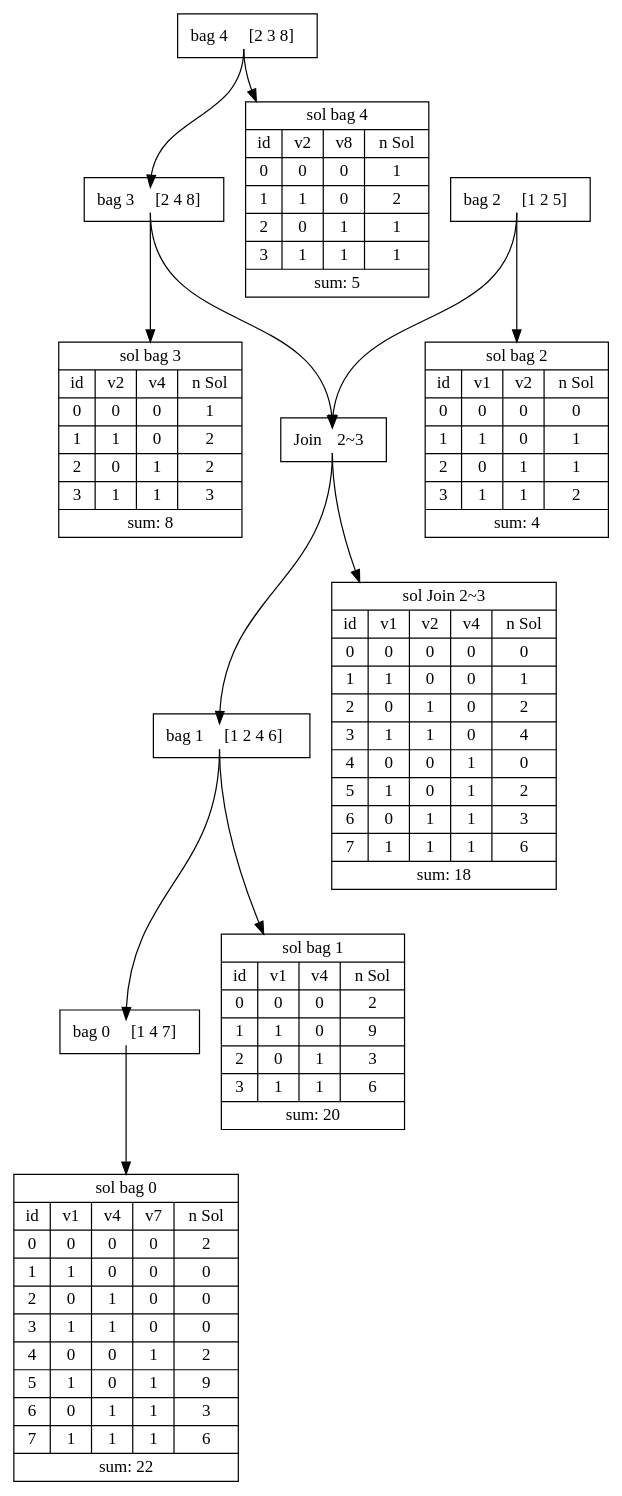
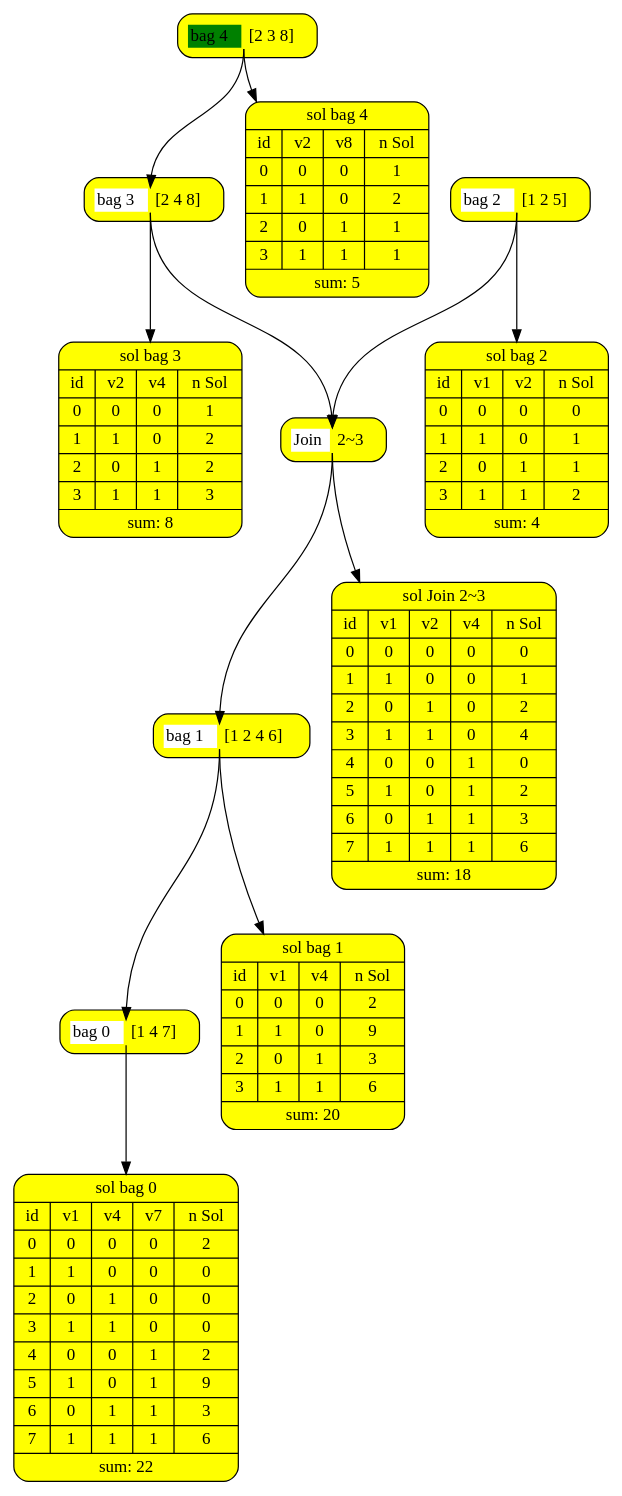
Before and after one commit to VaeterchenFrost/gpusat-VISU: the diagram in satvisualization_repo/satvisu/example41.dot, drawn with Graphviz. The commit also changed 4 other files, not shown here.

```diff
--- a/satvisualization_repo/satvisu/example41.dot
+++ b/satvisualization_repo/satvisu/example41.dot
@@ -1,33 +1,33 @@
 digraph structs {
-	node [shape=rect]
+	node [fillcolor=yellow shape=box style="rounded,filled"]
 	bag4 [label=<<TABLE BORDER="0" CELLBORDER="0" CELLSPACING="0">
-              <TR><TD BGCOLOR="white">bag 4</TD><TD PORT="anchor"></TD><TD>[2 3 8]</TD></TR></TABLE>>]
+              <TR><TD BGCOLOR="green">bag 4</TD><TD PORT="anchor"></TD><TD>[2 3 8]</TD></TR></TABLE>>]
 	bag3 [label=<<TABLE BORDER="0" CELLBORDER="0" CELLSPACING="0">
               <TR><TD BGCOLOR="white">bag 3</TD><TD PORT="anchor"></TD><TD>[2 4 8]</TD></TR></TABLE>>]
 	join1 [label=<<TABLE BORDER="0" CELLBORDER="0" CELLSPACING="0">
               <TR><TD BGCOLOR="white">Join</TD><TD PORT="anchor"></TD><TD>2~3</TD></TR></TABLE>>]
 	bag2 [label=<<TABLE BORDER="0" CELLBORDER="0" CELLSPACING="0">
               <TR><TD BGCOLOR="white">bag 2</TD><TD PORT="anchor"></TD><TD>[1 2 5]</TD></TR></TABLE>>]
 	bag1 [label=<<TABLE BORDER="0" CELLBORDER="0" CELLSPACING="0">
               <TR><TD BGCOLOR="white">bag 1</TD><TD PORT="anchor"></TD><TD>[1 2 4 6]</TD></TR></TABLE>>]
 	bag0 [label=<<TABLE BORDER="0" CELLBORDER="0" CELLSPACING="0">
               <TR><TD BGCOLOR="white">bag 0</TD><TD PORT="anchor"></TD><TD>[1 4 7]</TD></TR></TABLE>>]
 	node [shape=record]
 	sol2 [label="{sol bag 2|{{id|0|1|2|3}|{v1|0|1|0|1}|{v2|0|0|1|1}|{n Sol|0|1|1|2}}|sum: 4}"]
 	sol4 [label="{sol bag 4|{{id|0|1|2|3}|{v2|0|1|0|1}|{v8|0|0|1|1}|{n Sol|1|2|1|1}}|sum: 5}"]
 	sol3 [label="{sol bag 3|{{id|0|1|2|3}|{v2|0|1|0|1}|{v4|0|0|1|1}|{n Sol|1|2|2|3}}|sum: 8}"]
 	solJoin1 [label="{sol Join 2~3|{{id|0|1|2|3|4|5|6|7}|{v1|0|1|0|1|0|1|0|1}|{v2|0|0|1|1|0|0|1|1}|{v4|0|0|0|0|1|1|1|1}|{n Sol|0|1|2|4|0|2|3|6}}|sum: 18}"]
 	sol1 [label="{sol bag 1|{{id|0|1|2|3}|{v1|0|1|0|1}|{v4|0|0|1|1}|{n Sol|2|9|3|6}}|sum: 20}"]
 	sol0 [label="{sol bag 0|{{id|0|1|2|3|4|5|6|7}|{v1|0|1|0|1|0|1|0|1}|{v4|0|0|1|1|0|0|1|1}|{v7|0|0|0|0|1|1|1|1}|{n Sol|2|0|0|0|2|9|3|6}}|sum: 22}"]
 	bag4:anchor -> bag3:anchor
 	bag2:anchor -> join1:anchor
 	bag3:anchor -> join1:anchor
 	join1:anchor -> bag1:anchor
 	bag1:anchor -> bag0:anchor
 	bag4:anchor -> sol4:anchor
 	bag3:anchor -> sol3:anchor
 	bag2:anchor -> sol2:anchor
 	bag1:anchor -> sol1:anchor
 	bag0:anchor -> sol0:anchor
 	join1:anchor -> solJoin1:anchor
 }
```
